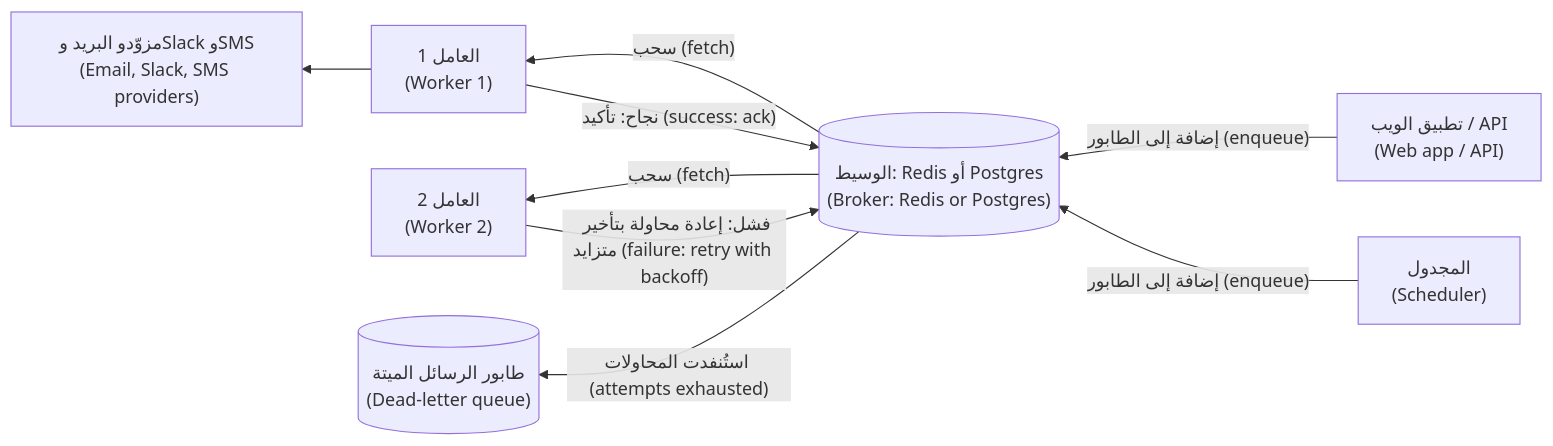
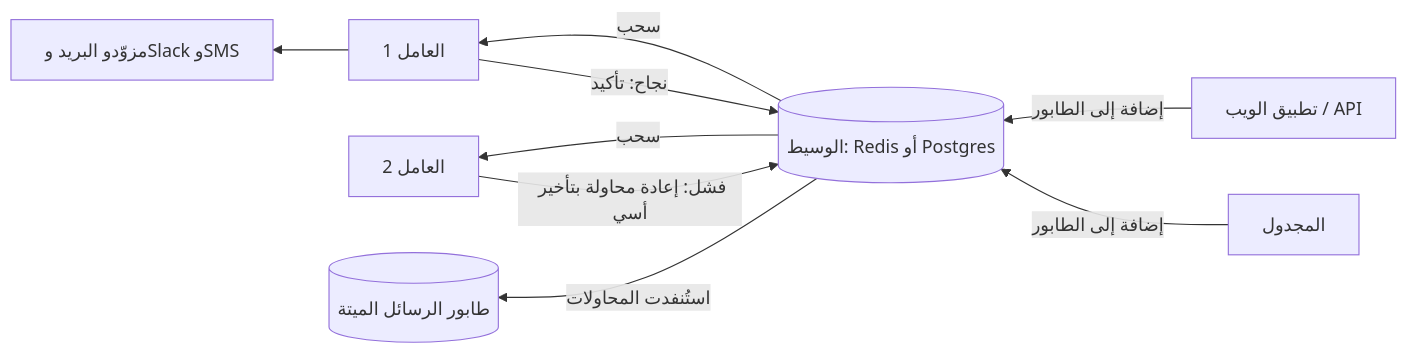
One commit to Tamoura/system-design-for-vibe-coders changed the first of 4 diagrams in saas/modules/05-background-integrations.ar.md. Above: the diagram before and after it, drawn with Mermaid. The commit also changed other lines of this file and 551 other files, not shown here.

````diff
--- a/saas/modules/05-background-integrations.ar.md
+++ b/saas/modules/05-background-integrations.ar.md
@@ -46,11 +46,11 @@
 ```mermaid
 flowchart RL
-  API["تطبيق الويب / API<br/>(Web app / API)"] -->|"إضافة إلى الطابور (enqueue)"| B[("الوسيط: Redis أو Postgres<br/>(Broker: Redis or Postgres)")]
-  SCH["المجدول<br/>(Scheduler)"] -->|"إضافة إلى الطابور (enqueue)"| B
-  B -->|"سحب (fetch)"| W1["العامل 1<br/>(Worker 1)"]
-  B -->|"سحب (fetch)"| W2["العامل 2<br/>(Worker 2)"]
-  W1 -->|"نجاح: تأكيد (success: ack)"| B
-  W2 -->|"فشل: إعادة محاولة بتأخير متزايد (failure: retry with backoff)"| B
-  B -->|"استُنفدت المحاولات (attempts exhausted)"| DLQ[("طابور الرسائل الميتة<br/>(Dead-letter queue)")]
-  W1 --> EXT["مزوّدو البريد وSlack وSMS<br/>(Email, Slack, SMS providers)"]
+  API["تطبيق الويب / API"] -->|"إضافة إلى الطابور"| B[("الوسيط: Redis أو Postgres")]
+  SCH["المجدول"] -->|"إضافة إلى الطابور"| B
+  B -->|"سحب"| W1["العامل 1"]
+  B -->|"سحب"| W2["العامل 2"]
+  W1 -->|"نجاح: تأكيد"| B
+  W2 -->|"فشل: إعادة محاولة بتأخير أسي"| B
+  B -->|"استُنفدت المحاولات"| DLQ[("طابور الرسائل الميتة")]
+  W1 --> EXT["مزوّدو البريد وSlack وSMS"]
 ```
````
